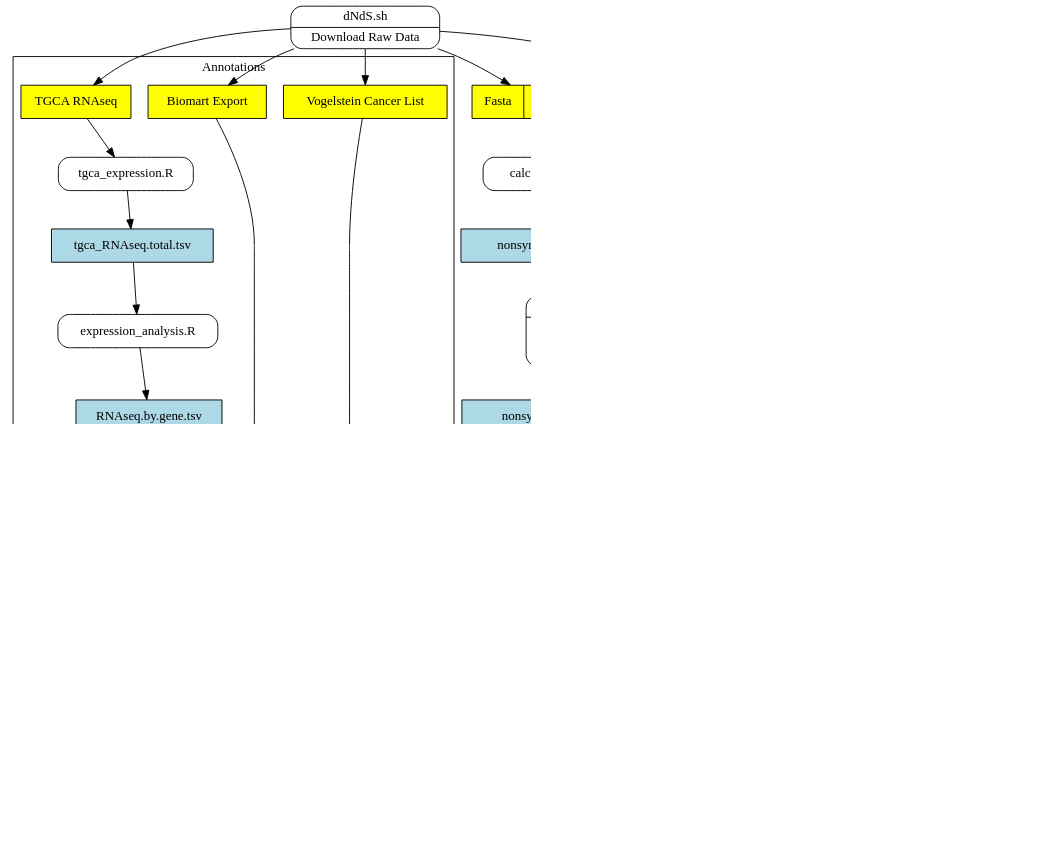
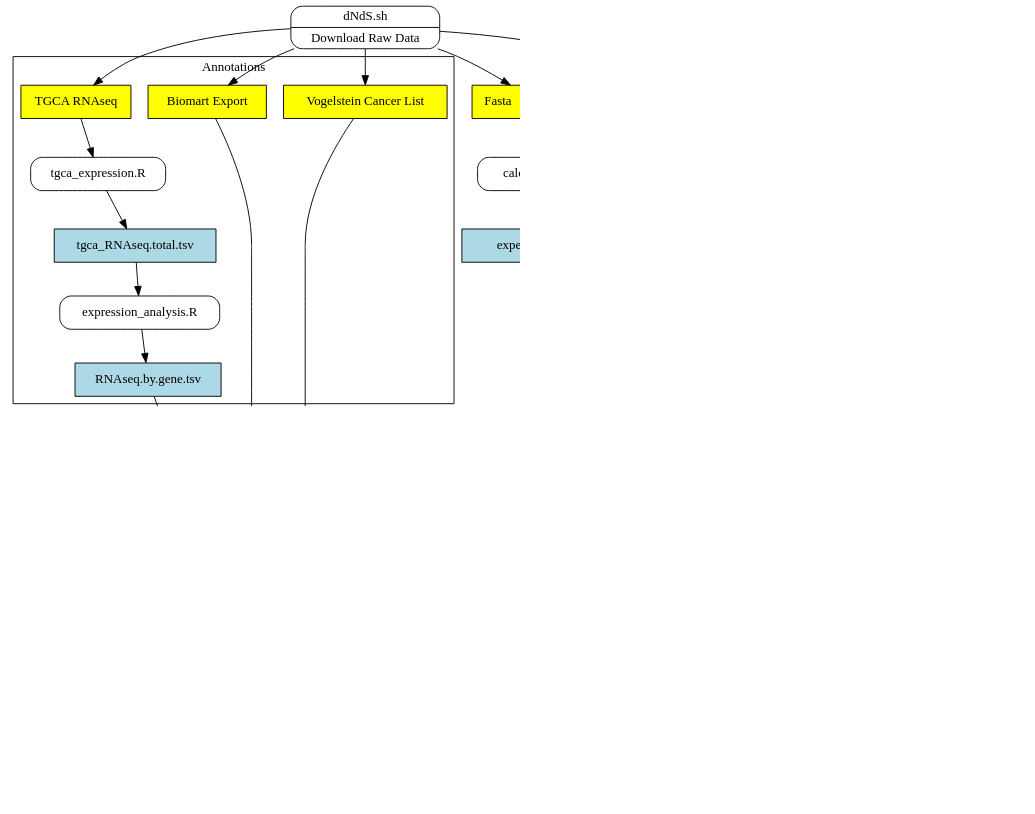
One commit to daniel-wells/somatic-selection changed the diagram in data_flow_diagram.gv. Above: the diagram before and after it, drawn with Graphviz. The commit also changed 1 other file, not shown here.

Commit message:
update data flow diagram
in order to reflect changes in code to calculate ‘expected’ dNdS

```diff
--- a/data_flow_diagram.gv
+++ b/data_flow_diagram.gv
@@ -1,78 +1,76 @@
 # create on the command line by:
 # dot -Tpng data_flow_diagram.gv -o data_flow_diagram.png
 digraph dfd2{
 	graph [ dpi = 150 ]; 
         node[shape=record]
         subgraph level0{
         enti1 [label="Fasta | Ensembl", style=filled, fillcolor=yellow];
         enti2 [label="VFC | ICGC aggregated", style=filled, fillcolor=yellow];
                         {rank=same; enti1, enti2}
 
-        enti5 [label="nonsynonymous_sites_per_transcript.tsv" shape=box, style=filled, fillcolor=lightblue];
-        enti6 [label="nonsynonymous_sites_per_transcript_clean.tsv" shape=box, style=filled, fillcolor=lightblue];
+        enti5 [label="expected_variants_per_transcript.tsv" shape=box, style=filled, fillcolor=lightblue];
         enti8 [label="observed_variants_by_transcript.tsv" shape=box, style=filled, fillcolor=lightblue];
         enti9 [label="dNdS_by_transcript.tsv" shape=box, style=filled, fillcolor=lightblue];
         enti10 [label="dNdS_by_gene.tsv" shape=box, style=filled, fillcolor=green];
         enti11 [label="Graphs.pdf" shape=box, style=filled, fillcolor=green];
         enti14 [label="simple_somatic_mutation.aggregated.filtered.vcf" shape=box, style=filled, fillcolor=lightblue];
         enti15 [label="observed_variants_by_transcript.filtered.tsv" shape=box, style=filled, fillcolor=lightblue];
 
-        proc1 [label="calculate_nonsynonsites.py}" shape=Mrecord];
-        proc2 [label="{dNdS.sh | Remove NA entries,\n add header,\n remove variable names}" shape=Mrecord];
+        proc1 [label="calculate_nonsynon_sites.R}" shape=Mrecord];
         proc3 [label="calculate_dNdS.R}" shape=Mrecord];
         proc4 [label="analyse_dNdS.R}" shape=Mrecord];
         proc5 [label="flatten_vcf.py}" shape=Mrecord];
         proc8 [label="{dNdS.sh|Download Raw Data}" shape=Mrecord];
         proc9 [label="{dNdS.sh|Filter}" shape=Mrecord];
         proc10 [label="{dNdS.sh|Filter}" shape=Mrecord];
         }
 
        subgraph cluster_level1{
                         label ="Annotations" rank="max";
         		enti3 [label="Biomart Export" shape=box, style=filled, fillcolor=yellow];
 	        	enti4 [label="Vogelstein Cancer List" shape=box, style=filled, fillcolor=yellow];
 	        	enti12 [label="TGCA RNAseq" shape=box, style=filled, fillcolor=yellow];
 
 			enti7 [label="tgca_RNAseq.total.tsv" shape=box, style=filled, fillcolor=lightblue];
 			enti13 [label="RNAseq.by.gene.tsv" shape=box, style=filled, fillcolor=lightblue];
 
 	        	proc6 [label="tgca_expression.R}" shape=Mrecord];
 	        	proc7 [label="expression_analysis.R}" shape=Mrecord];
 
                        # store1 [label="<f0>    |<f1> Data store one"];
                        # store2 [label="<f0>   |<f1> Data store two"];
                        # {rank=same; store1, store2}
 
         }
 
 	subgraph cluster_level2{
                         label ="Key" fontsize="25" rank="min";
         		raw [label="Raw Data" shape=box, style=filled, fillcolor=yellow];
 			data [label="Intermediate Data" shape=box, style=filled, fillcolor=lightblue];
 		       results [label="Result" shape=box, style=filled, fillcolor=green];
 	        	script [label="Script" shape=Mrecord];
         }
 
 	# Download Data
 	proc8 -> {enti1, enti2,enti3,enti4,enti12}
 	
 	# Ensembl Fasta
-        enti1 -> proc1 -> enti5 -> proc2 -> enti6 -> proc3
+	enti1 -> proc1 -> enti5 -> proc3
 
 	# ICGC VCF
 	enti2 -> proc9 -> enti14 -> proc5-> enti8-> proc10-> enti15 -> proc3
 
 	# Calculate dNdS to results
 	proc3 -> enti9 -> proc4 -> {enti10 enti11}
 
 	# Add annotations
 	{enti3,enti4} -> proc4 
 
 	# RNA Expression
 	enti12 -> proc6 -> enti7 -> proc7 -> enti13 -> proc4
 
 	# Key
 #	raw -> script -> data -> results [style=invis]
 	 enti9 -> script  [style=invis, minlen=2]
 
 }
```
